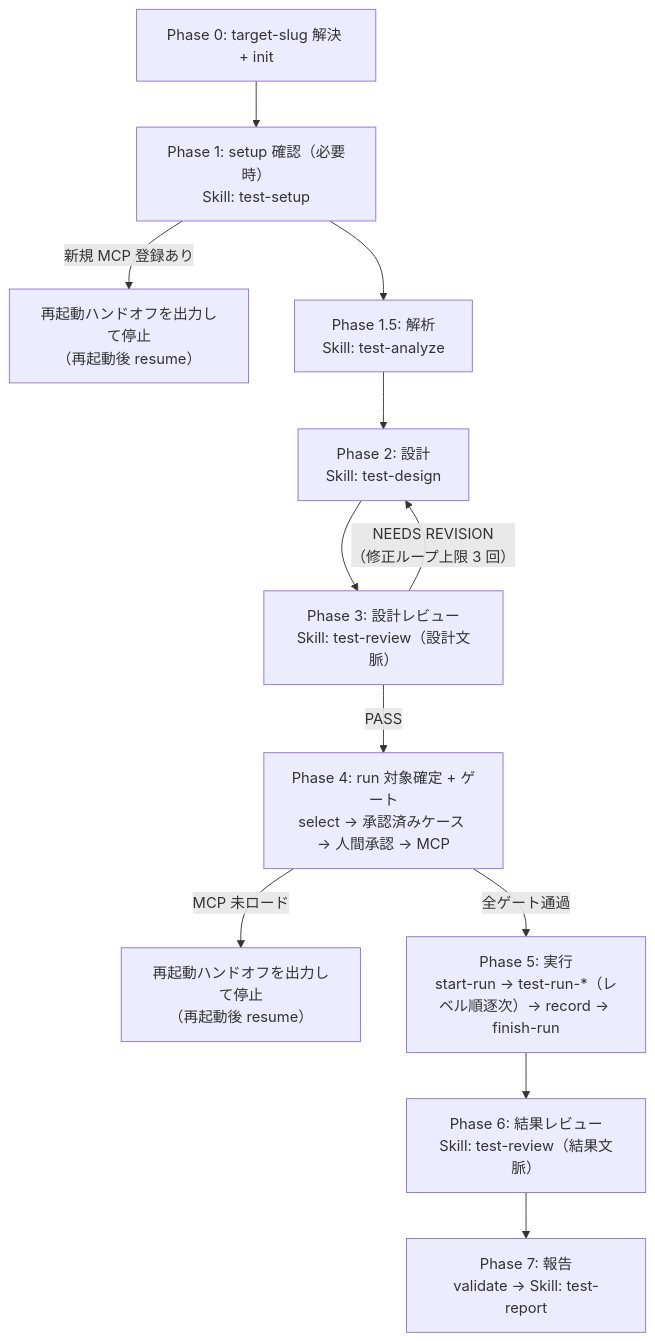
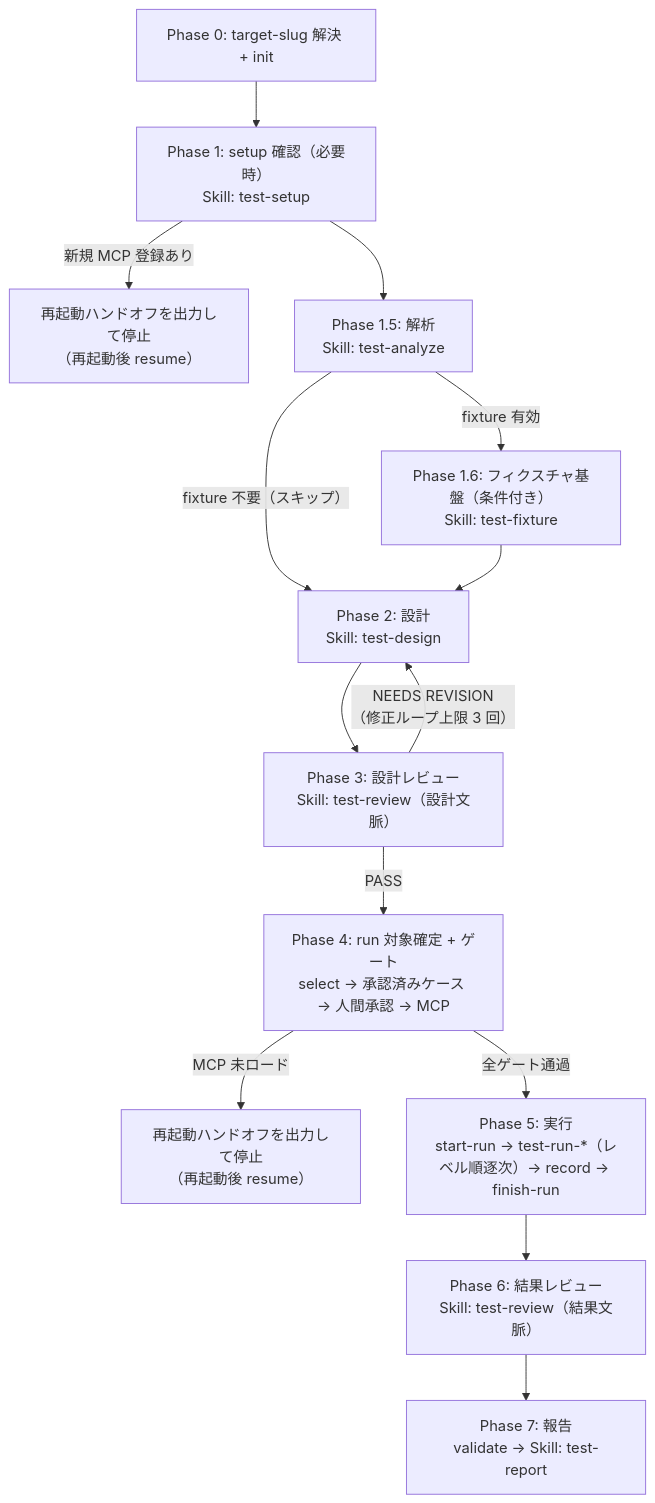
The diagram in plugins/deep-test/skills/test/SKILL.md (dmajima/claude-plugins), drawn with Mermaid before and after one commit. The commit also changed other lines of this file and 58 other files, not shown here.

First line of the commit message:
feat(deep-test): Playwright フィクスチャ基盤スキル test-fixture を追加（v1.1.0）

````diff
--- a/plugins/deep-test/skills/test/SKILL.md
+++ b/plugins/deep-test/skills/test/SKILL.md
@@ -101,14 +102,16 @@
 ```mermaid
 flowchart TD
     P0["Phase 0: target-slug 解決 + init"] --> P1["Phase 1: setup 確認（必要時）\nSkill: test-setup"]
     P1 -->|"新規 MCP 登録あり"| HANDOFF1["再起動ハンドオフを出力して停止\n（再起動後 resume）"]
     P1 --> P15["Phase 1.5: 解析\nSkill: test-analyze"]
-    P15 --> P2["Phase 2: 設計\nSkill: test-design"]
+    P15 -->|"fixture 有効"| P16["Phase 1.6: フィクスチャ基盤（条件付き）\nSkill: test-fixture"]
+    P15 -->|"fixture 不要（スキップ）"| P2["Phase 2: 設計\nSkill: test-design"]
+    P16 --> P2
     P2 --> P3["Phase 3: 設計レビュー\nSkill: test-review（設計文脈）"]
     P3 -->|"NEEDS REVISION\n（修正ループ上限 3 回）"| P2
     P3 -->|PASS| P4["Phase 4: run 対象確定 + ゲート\nselect → 承認済みケース → 人間承認 → MCP"]
     P4 -->|"MCP 未ロード"| HANDOFF2["再起動ハンドオフを出力して停止\n（再起動後 resume）"]
     P4 -->|"全ゲート通過"| P5["Phase 5: 実行\nstart-run → test-run-*（レベル順逐次）→ record → finish-run"]
     P5 --> P6["Phase 6: 結果レビュー\nSkill: test-review（結果文脈）"]
     P6 --> P7["Phase 7: 報告\nvalidate → Skill: test-report"]
 ```
````
